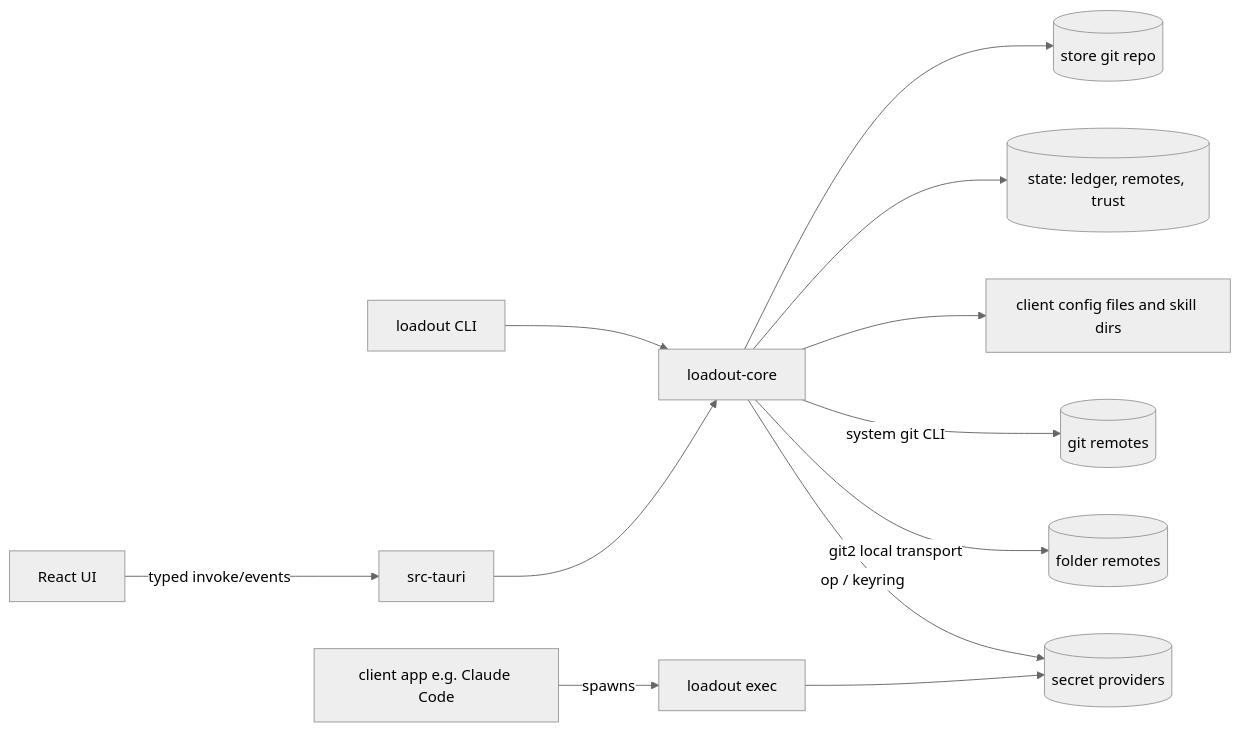
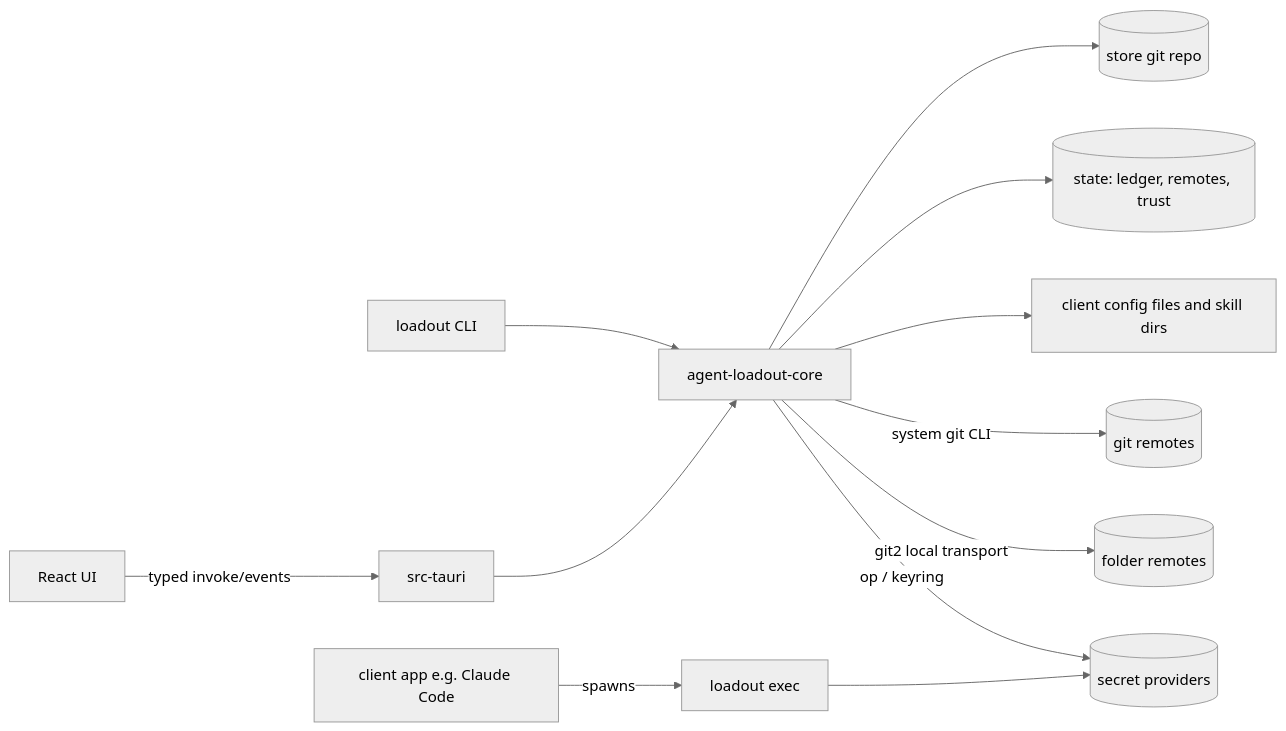
Before and after one commit to DailenG/agent-loadout: the first of 2 diagrams in SPEC.md, drawn with Mermaid (neutral theme). The commit also changed other lines of this file, not shown here.

First line of the commit message:
docs: rename project to agent-loadout

````diff
--- a/SPEC.md
+++ b/SPEC.md
@@ -141,13 +141,13 @@
 ```mermaid
 flowchart LR
   GUI[React UI] -- typed invoke/events --> APP[src-tauri]
   CLI[loadout CLI] --> CORE
-  APP --> CORE[loadout-core]
+  APP --> CORE[agent-loadout-core]
   CORE --> STORE[(store git repo)]
   CORE --> STATE[(state: ledger, remotes, trust)]
   CORE --> FILES[client config files and skill dirs]
   CORE -- system git CLI --> REMOTE[(git remotes)]
   CORE -- git2 local transport --> FOLDER[(folder remotes)]
   CORE -- op / keyring --> SECRETS[(secret providers)]
   CLIENT[client app e.g. Claude Code] -- spawns --> EXEC[loadout exec] --> SECRETS
 ```
````
